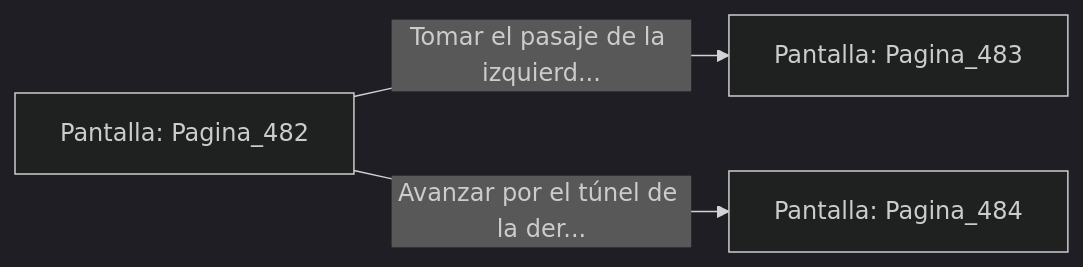
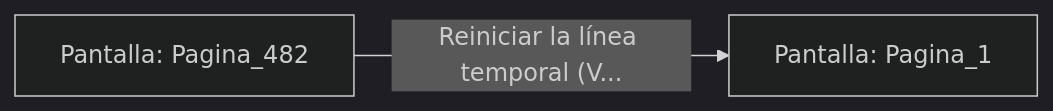
Before and after one commit to metsuke/mpl: the diagram in sample/eligejuego-vault/Pantalla_Pagina_482.md, drawn with Mermaid (dark theme). The commit also changed other lines of this file and 635 other files, not shown here.

First line of the commit message:
fix: añadir Pagina_1 como pantalla inicial en capitulo_01.mpl

````diff
--- a/sample/eligejuego-vault/Pantalla_Pagina_482.md
+++ b/sample/eligejuego-vault/Pantalla_Pagina_482.md
@@ -20,6 +17,5 @@
 ```mermaid
 graph LR
     P_Pagina_482["Pantalla: Pagina_482"]
-    P_Pagina_482 -->|"Tomar el pasaje de la izquierd..."| P_Pagina_483["Pantalla: Pagina_483"]
-    P_Pagina_482 -->|"Avanzar por el túnel de la der..."| P_Pagina_484["Pantalla: Pagina_484"]
+    P_Pagina_482 -->|"Reiniciar la línea temporal (V..."| P_Pagina_1["Pantalla: Pagina_1"]
 ```
````
